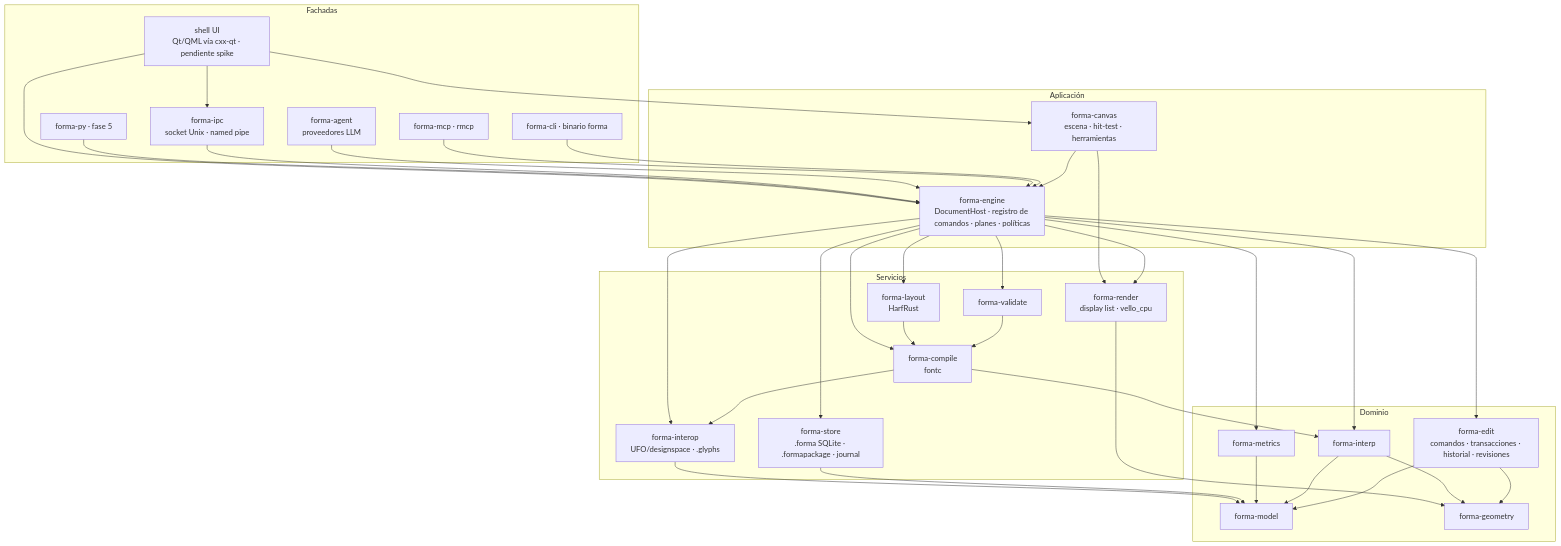
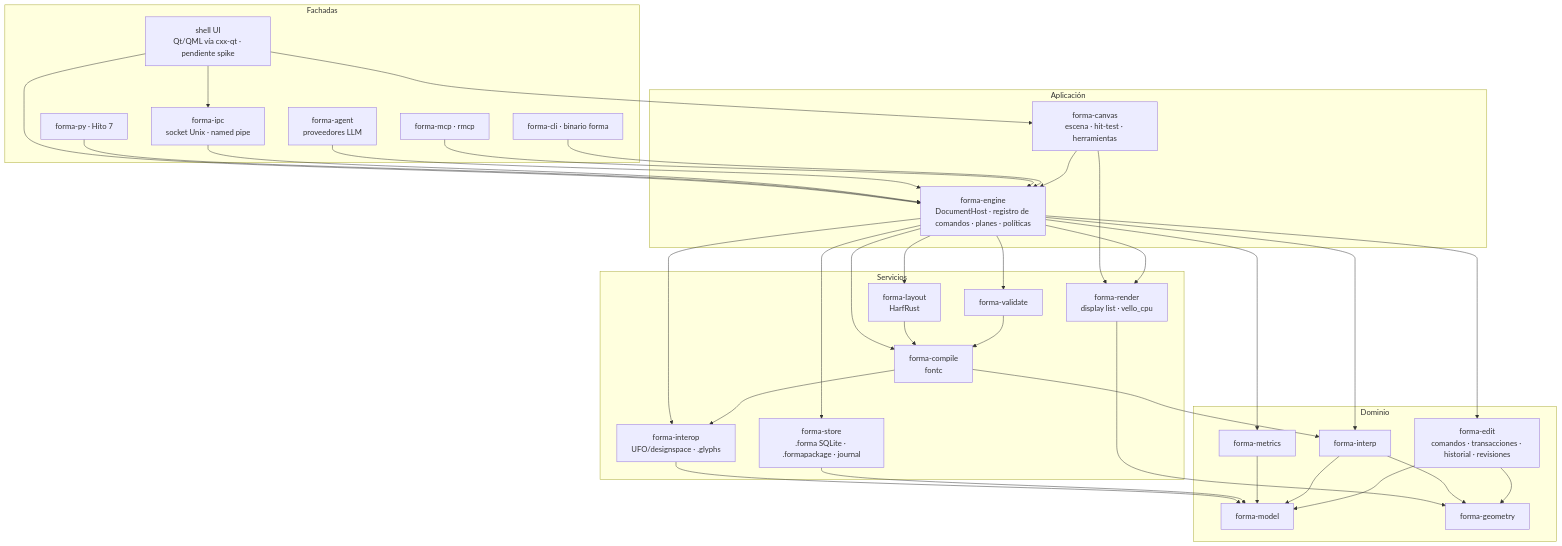
One commit to luisfarfan/forma changed the second of 6 diagrams in docs/03-architecture.md. Above: the diagram before and after it, drawn with Mermaid. The commit also changed other lines of this file and 8 other files, not shown here.

First line of the commit message:
docs: align tech stack and architecture docs with the engine-first roadmap

````diff
--- a/docs/03-architecture.md
+++ b/docs/03-architecture.md
@@ -35,42 +35,42 @@
 ```mermaid
 flowchart TB
   subgraph Dominio
     model[forma-model]
     geom[forma-geometry]
     edit[forma-edit<br/>comandos · transacciones · historial · revisiones]
     metrics[forma-metrics]
     interp[forma-interp]
   end
   subgraph Servicios
     store[forma-store<br/>.forma SQLite · .formapackage · journal]
     interop[forma-interop<br/>UFO/designspace · .glyphs]
     compile[forma-compile<br/>fontc]
     validate[forma-validate]
     render[forma-render<br/>display list · vello_cpu]
     layout[forma-layout<br/>HarfRust]
   end
   subgraph Aplicación
     engine[forma-engine<br/>DocumentHost · registro de comandos · planes · políticas]
     canvas[forma-canvas<br/>escena · hit-test · herramientas]
   end
   subgraph Fachadas
     cli[forma-cli · binario forma]
     mcp[forma-mcp · rmcp]
     ipc[forma-ipc<br/>socket Unix · named pipe]
     agentc[forma-agent<br/>proveedores LLM]
     ui[shell UI<br/>Qt/QML vía cxx-qt · pendiente spike]
-    py[forma-py · fase 5]
+    py[forma-py · Hito 7]
   end
   edit --> model & geom
   interp --> model & geom
   metrics --> model
   store & interop --> model
   compile --> interop & interp
   validate --> compile
   render --> geom
   layout --> compile
   engine --> edit & store & compile & validate & render & interop & metrics & interp & layout
   canvas --> engine & render
   cli & mcp & agentc & ipc & py --> engine
   ui --> canvas & engine & ipc
 ```
````
